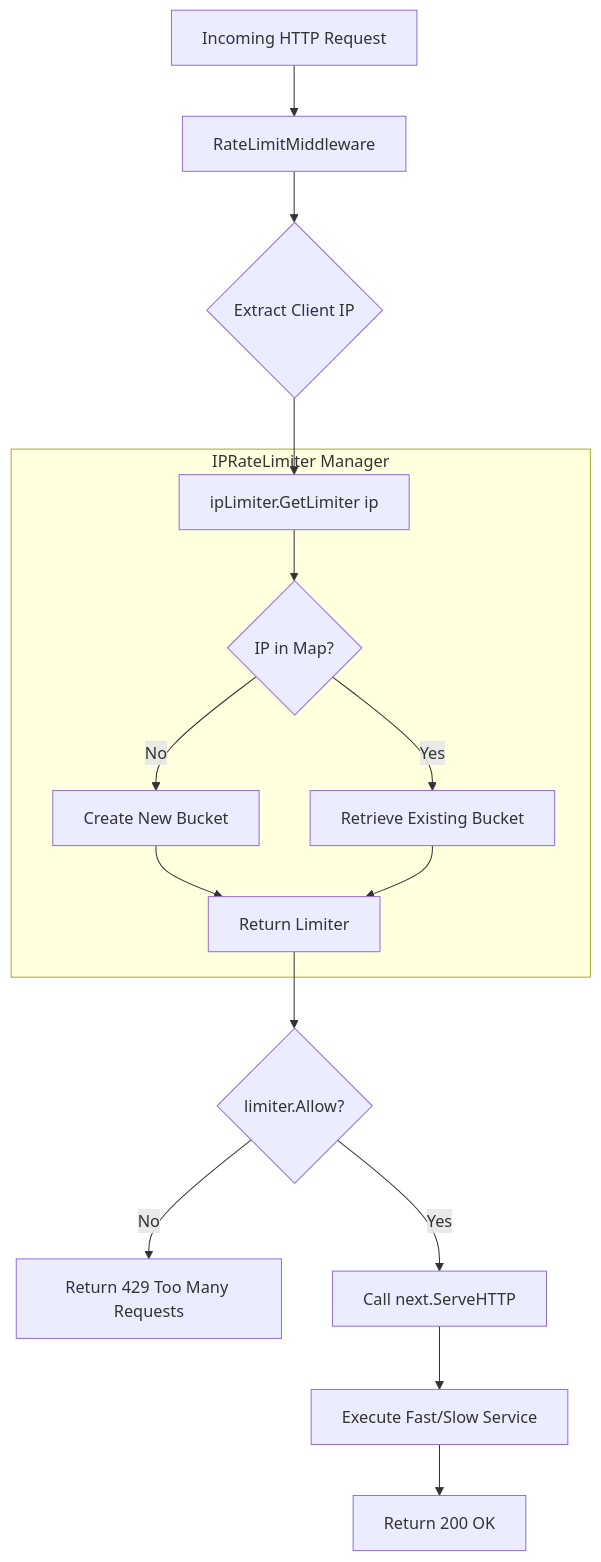
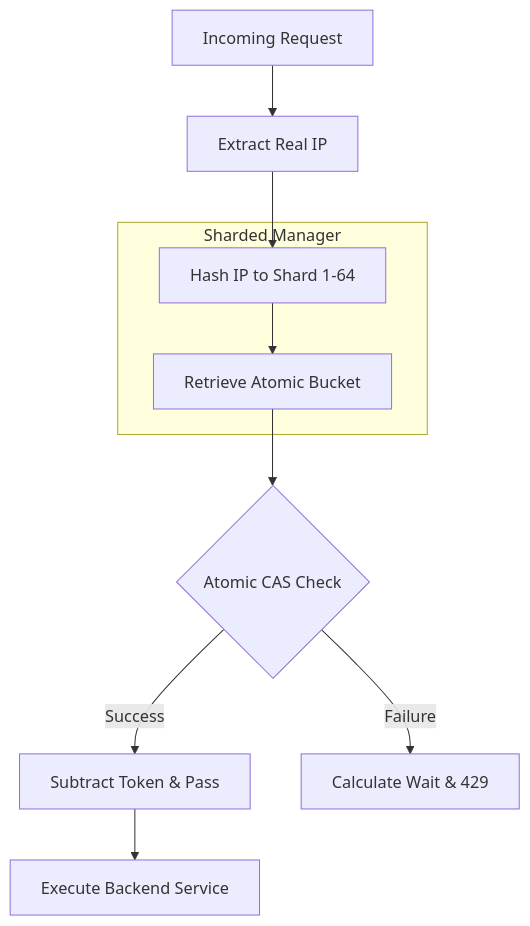
One commit to shubham217/golang_hackathon changed the diagram in steady-stream-gateway/README.md. Above: the diagram before and after it, drawn with Mermaid. The commit also changed other lines of this file and 6 other files, not shown here.

````diff
--- a/steady-stream-gateway/README.md
+++ b/steady-stream-gateway/README.md
@@ -33,22 +27,16 @@
 ```mermaid
 graph TD
-    A[Incoming HTTP Request] --> B[RateLimitMiddleware]
-    B --> C{Extract Client IP}
-    C --> D[ipLimiter.GetLimiter ip]
+    A[Incoming Request] --> B[Extract Real IP]
+    B --> C[Hash IP to Shard 1-64]
     
-    subgraph "IPRateLimiter Manager"
-    D --> E{IP in Map?}
-    E -- No --> F[Create New Bucket]
-    E -- Yes --> G[Retrieve Existing Bucket]
-    F --> H[Return Limiter]
-    G --> H
+    subgraph "Sharded Manager"
+    C --> D[Retrieve Atomic Bucket]
     end
     
-    H --> I{limiter.Allow?}
+    D --> E{Atomic CAS Check}
     
-    I -- No --> J[Return 429 Too Many Requests]
-    I -- Yes --> K[Call next.ServeHTTP]
+    E -- Success --> F[Subtract Token & Pass]
+    E -- Failure --> G[Calculate Wait & 429]
     
-    K --> L[Execute Fast/Slow Service]
-    L --> M[Return 200 OK]
+    F --> H[Execute Backend Service]
 ```
````
